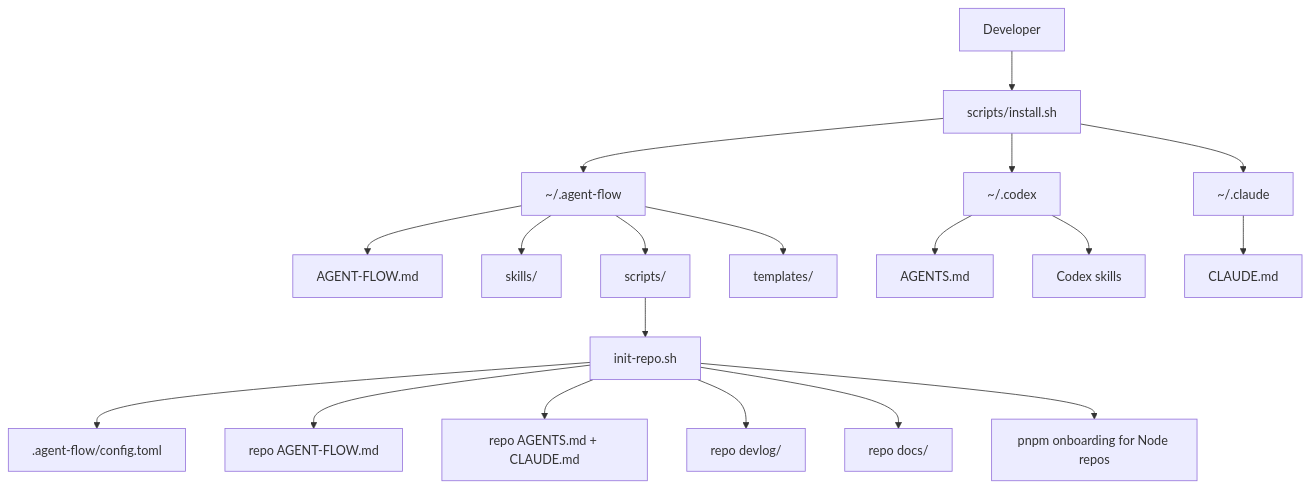
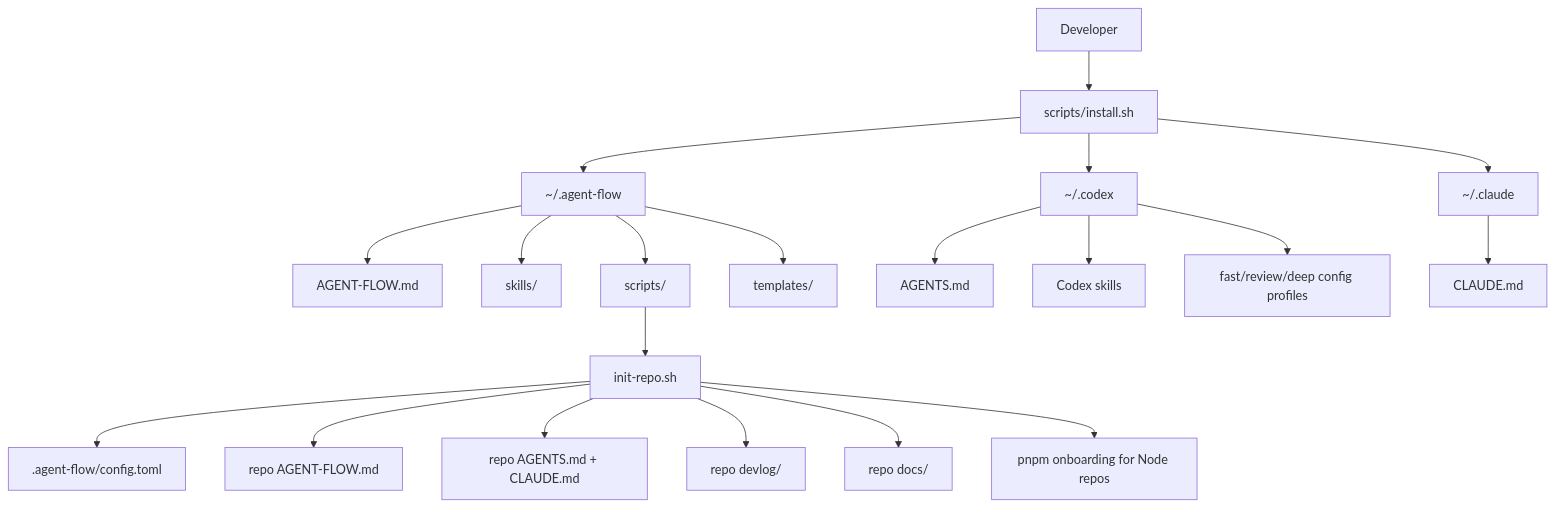
One commit to miketaheny/codex-setup changed the first of 4 diagrams in docs/ARCHITECTURE.md. Above: the diagram before and after it, drawn with Mermaid. The commit also changed 14 other files, not shown here.

````diff
--- a/docs/ARCHITECTURE.md
+++ b/docs/ARCHITECTURE.md
@@ -7,24 +7,25 @@
 ```mermaid
 flowchart TD
     User["Developer"] --> Install["scripts/install.sh"]
     Install --> AFHome["~/.agent-flow"]
     Install --> CodexHome["~/.codex"]
     Install --> ClaudeHome["~/.claude"]
 
     AFHome --> Rules["AGENT-FLOW.md"]
     AFHome --> Skills["skills/"]
     AFHome --> Scripts["scripts/"]
     AFHome --> Templates["templates/"]
 
     CodexHome --> CodexAdapter["AGENTS.md"]
     CodexHome --> CodexSkills["Codex skills"]
+    CodexHome --> CodexProfiles["fast/review/deep config profiles"]
     ClaudeHome --> ClaudeAdapter["CLAUDE.md"]
 
     Scripts --> Init["init-repo.sh"]
     Init --> RepoConfig[".agent-flow/config.toml"]
     Init --> RepoRules["repo AGENT-FLOW.md"]
     Init --> RepoAdapters["repo AGENTS.md + CLAUDE.md"]
     Init --> RepoDevlog["repo devlog/"]
     Init --> RepoDocs["repo docs/"]
     Init --> Pnpm["pnpm onboarding for Node repos"]
 ```
````
